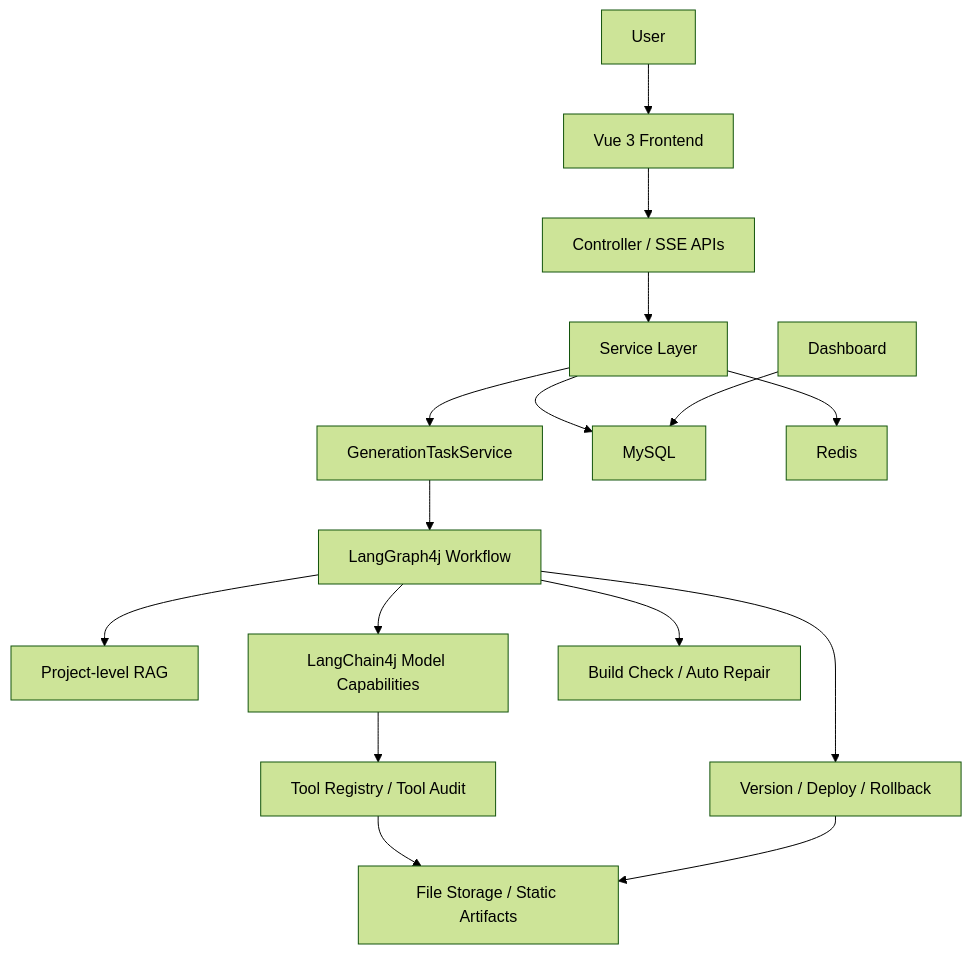
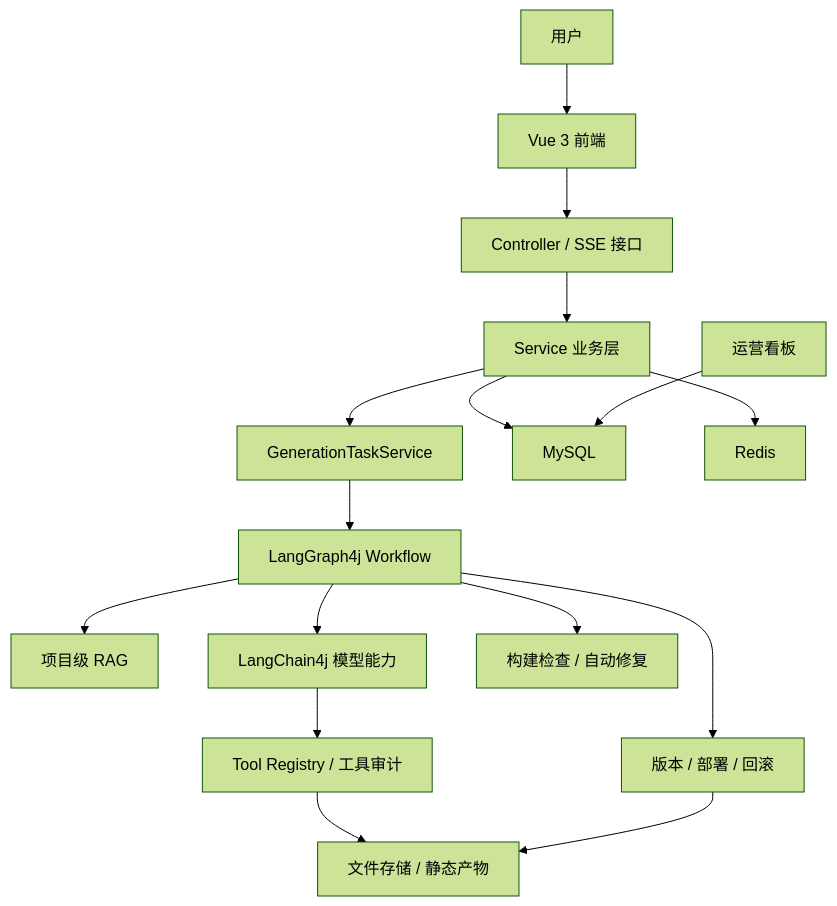
Before and after one commit to Code-Mikle/zero-logic: the first of 4 diagrams in README.md, drawn with Mermaid (forest theme). The commit also changed other lines of this file and 7 other files, not shown here.

````diff
--- a/README.md
+++ b/README.md
@@ -71,34 +69,34 @@
 ```mermaid
 flowchart TD
-    User["User"]
-    Frontend["Vue 3 Frontend"]
-    Controller["Controller / SSE APIs"]
-    Service["Service Layer"]
+    User["用户"]
+    Frontend["Vue 3 前端"]
+    Controller["Controller / SSE 接口"]
+    Service["Service 业务层"]
     Task["GenerationTaskService"]
     Workflow["LangGraph4j Workflow"]
-    RAG["Project-level RAG"]
-    Model["LangChain4j Model Capabilities"]
-    Tool["Tool Registry / Tool Audit"]
-    Build["Build Check / Auto Repair"]
-    Version["Version / Deploy / Rollback"]
-    Dashboard["Dashboard"]
+    RAG["项目级 RAG"]
+    Model["LangChain4j 模型能力"]
+    Tool["Tool Registry / 工具审计"]
+    Build["构建检查 / 自动修复"]
+    Version["版本 / 部署 / 回滚"]
+    Dashboard["运营看板"]
     DB["MySQL"]
     Redis["Redis"]
-    Files["File Storage / Static Artifacts"]
+    Files["文件存储 / 静态产物"]
 
     User --> Frontend
     Frontend --> Controller
     Controller --> Service
     Service --> Task
     Task --> Workflow
     Workflow --> RAG
     Workflow --> Model
     Model --> Tool
     Workflow --> Build
     Workflow --> Version
     Service --> DB
     Service --> Redis
     Tool --> Files
     Version --> Files
     Dashboard --> DB
 ```
````
